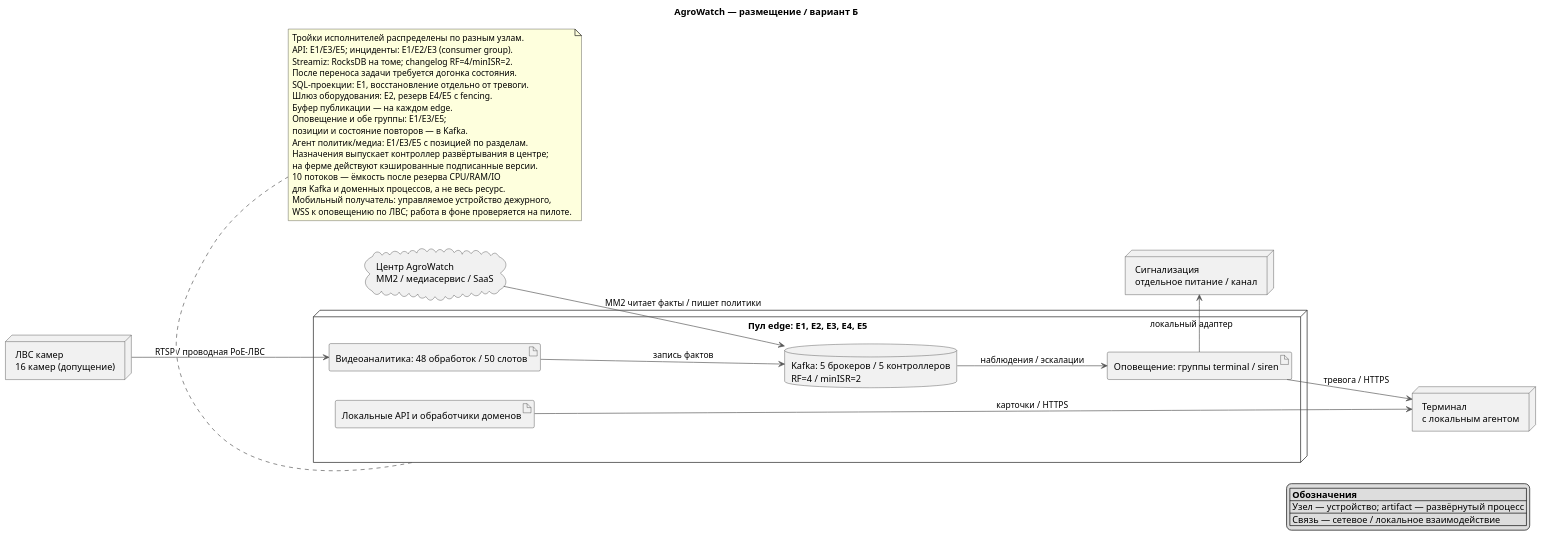
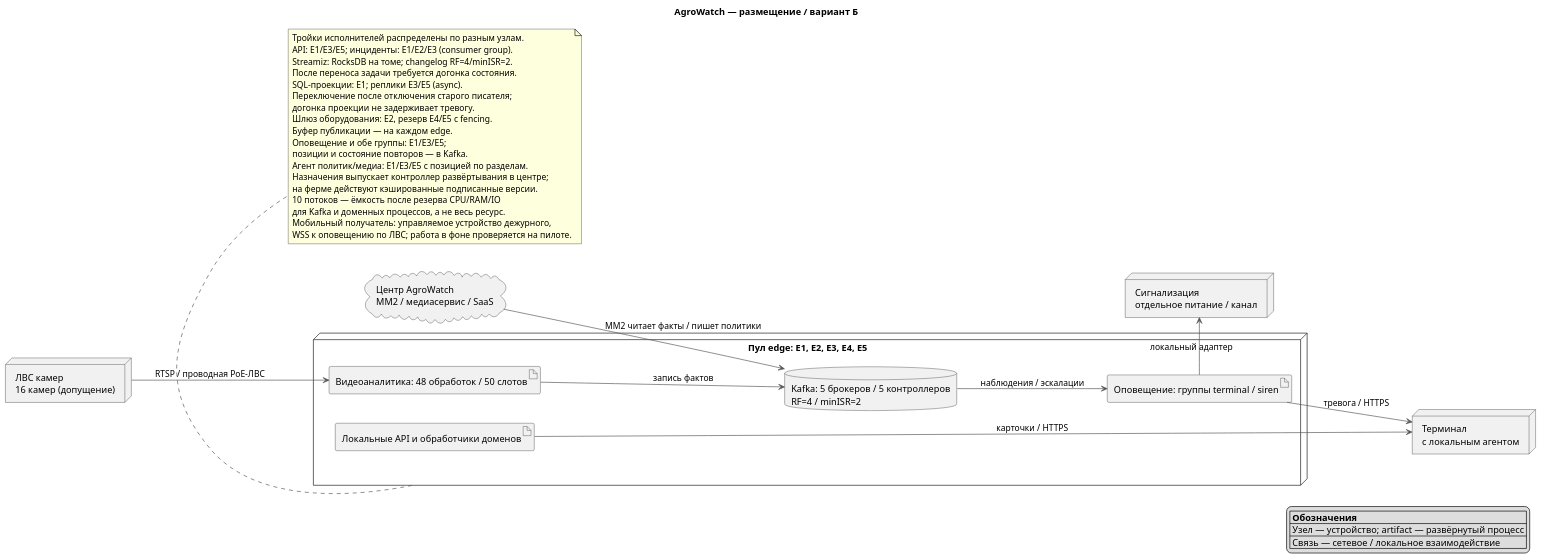
One commit to rozhkovsvyat/MSA-AgroTech changed the diagram in Task1/diagrams/deployment-b.puml. Above: the diagram before and after it, drawn with PlantUML. The commit also changed 35 other files, not shown here.

```diff
--- a/Task1/diagrams/deployment-b.puml
+++ b/Task1/diagrams/deployment-b.puml
@@ -1,55 +1,57 @@
 @startuml
 skinparam defaultFontName Arial
 skinparam dpi 110
 skinparam shadowing false
 skinparam classBackgroundColor #85BBF0
 skinparam classBorderColor #1168BD
 skinparam ArrowColor #555555
 skinparam nodesep 45
 skinparam ranksep 70
 hide empty members
 title AgroWatch — размещение / вариант Б
 
 left to right direction
 node "ЛВС камер\n16 камер (допущение)" as cams
 node "Пул edge: E1, E2, E3, E4, E5" as pool {
  artifact "Видеоаналитика: 48 обработок / 50 слотов" as video
  artifact "Оповещение: группы terminal / siren" as notify
  artifact "Локальные API и обработчики доменов" as app
  database "Kafka: 5 брокеров / 5 контроллеров\nRF=4 / minISR=2" as log
 }
 node "Терминал\nс локальным агентом" as term
 node "Сигнализация\nотдельное питание / канал" as sound
 cloud "Центр AgroWatch\nMM2 / медиасервис / SaaS" as center
 cams --> video : RTSP / проводная PoE-ЛВС
 log --> notify : наблюдения / эскалации
 notify -down-> term : тревога / HTTPS
 notify -right-> sound : локальный адаптер
 video --> log : запись фактов
 app -down-> term : карточки / HTTPS
 center --> log : MM2 читает факты / пишет политики
 note bottom of pool
 Тройки исполнителей распределены по разным узлам.
 API: E1/E3/E5; инциденты: E1/E2/E3 (consumer group).
 Streamiz: RocksDB на томе; changelog RF=4/minISR=2.
 После переноса задачи требуется догонка состояния.
-SQL-проекции: E1, восстановление отдельно от тревоги.
+SQL-проекции: E1; реплики E3/E5 (async).
+Переключение после отключения старого писателя;
+догонка проекции не задерживает тревогу.
 Шлюз оборудования: E2, резерв E4/E5 с fencing.
 Буфер публикации — на каждом edge.
 Оповещение и обе группы: E1/E3/E5;
 позиции и состояние повторов — в Kafka.
 Агент политик/медиа: E1/E3/E5 с позицией по разделам.
 Назначения выпускает контроллер развёртывания в центре;
 на ферме действуют кэшированные подписанные версии.
 10 потоков — ёмкость после резерва CPU/RAM/IO
 для Kafka и доменных процессов, а не весь ресурс.
 Мобильный получатель: управляемое устройство дежурного,
 WSS к оповещению по ЛВС; работа в фоне проверяется на пилоте.
 end note
 
 legend right
 |= Обозначения |
 | Узел — устройство; artifact — развёрнутый процесс |
 | Связь — сетевое / локальное взаимодействие |
 endlegend
 @enduml
```
